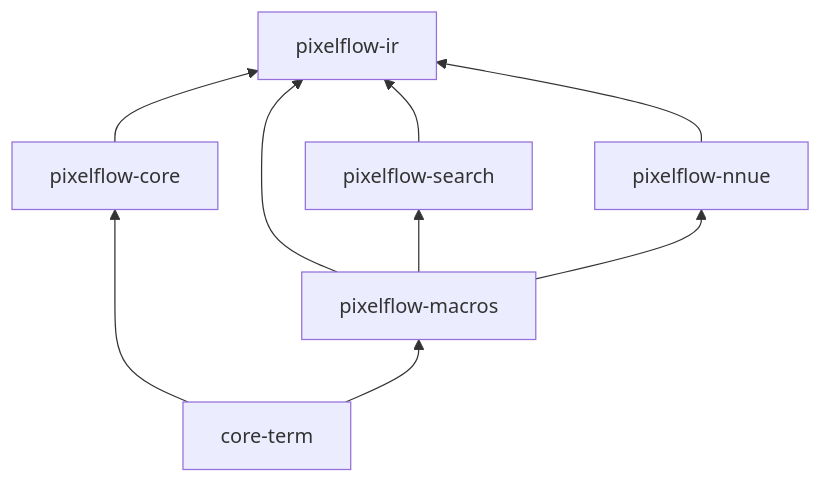
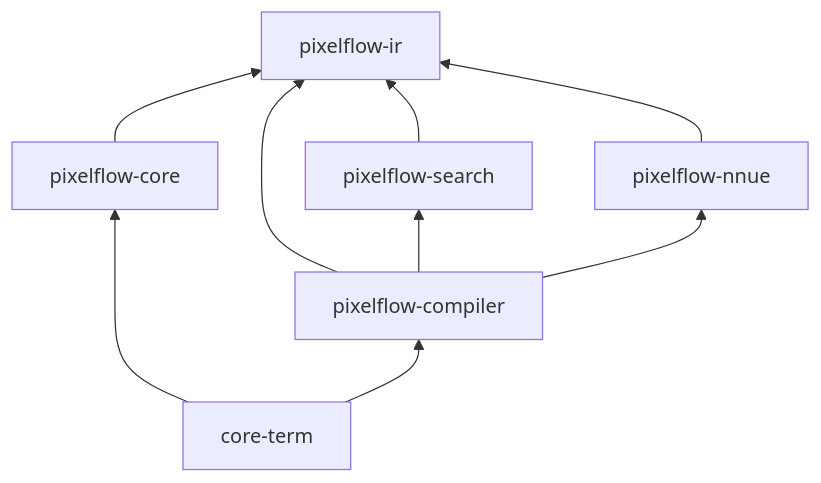
Before and after one commit to jppittman/core-term: the diagram in docs/designs/compiler-architecture-2026.md, drawn with Mermaid. The commit also changed other lines of this file and 20 other files, not shown here.

First line of the commit message:
chore: workspace config, docs, and import renames for pixelflow-compiler

````diff
--- a/docs/designs/compiler-architecture-2026.md
+++ b/docs/designs/compiler-architecture-2026.md
@@ -17,13 +17,13 @@
 ```mermaid
 graph BT
     IR[pixelflow-ir]
     NNUE[pixelflow-nnue] --> IR
     SEARCH[pixelflow-search] --> IR
     CORE[pixelflow-core] --> IR
-    MACROS[pixelflow-macros] --> IR
+    MACROS[pixelflow-compiler] --> IR
     MACROS --> SEARCH
     MACROS --> NNUE
     
     APP[core-term] --> CORE
     APP --> MACROS
 ```
````
